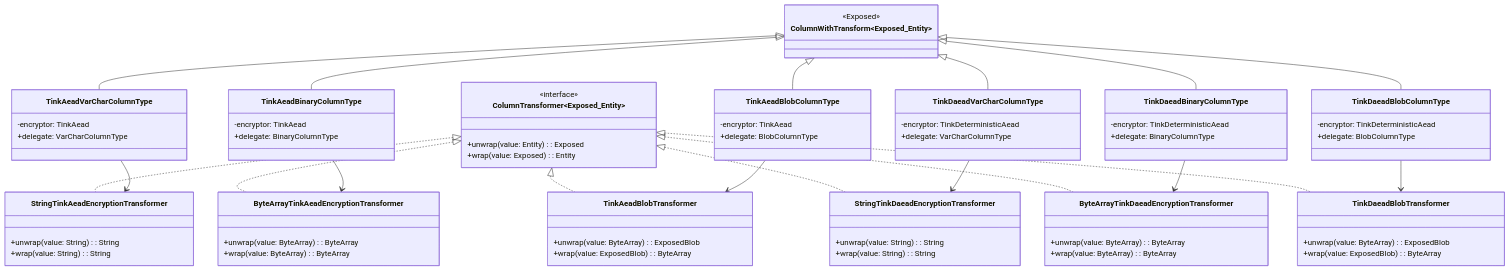
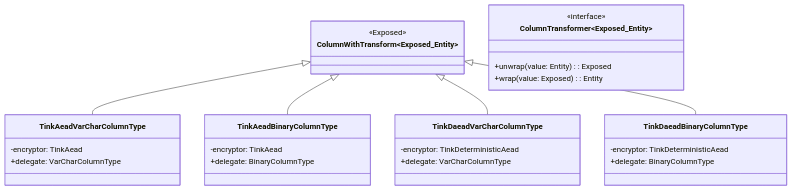
One commit to bluetape4k/bluetape4k-projects changed the second of 2 diagrams in data/exposed-tink/README.md. Above: the diagram before and after it, drawn with Mermaid. The commit also changed other lines of this file and 265 other files, not shown here.

````diff
--- a/data/exposed-tink/README.md
+++ b/data/exposed-tink/README.md
@@ -233,82 +232,33 @@
 ```mermaid
 classDiagram
     class ColumnWithTransform~Exposed_Entity~ {
         <<Exposed>>
     }
     class ColumnTransformer~Exposed_Entity~ {
         <<interface>>
         +unwrap(value: Entity): Exposed
         +wrap(value: Exposed): Entity
     }
 
     class TinkAeadVarCharColumnType {
         -encryptor: TinkAead
         +delegate: VarCharColumnType
     }
     class TinkAeadBinaryColumnType {
         -encryptor: TinkAead
         +delegate: BinaryColumnType
     }
-    class TinkAeadBlobColumnType {
-        -encryptor: TinkAead
-        +delegate: BlobColumnType
-    }
     class TinkDaeadVarCharColumnType {
         -encryptor: TinkDeterministicAead
         +delegate: VarCharColumnType
     }
     class TinkDaeadBinaryColumnType {
         -encryptor: TinkDeterministicAead
         +delegate: BinaryColumnType
     }
-    class TinkDaeadBlobColumnType {
-        -encryptor: TinkDeterministicAead
-        +delegate: BlobColumnType
-    }
-
-    class StringTinkAeadEncryptionTransformer {
-        +unwrap(value: String): String
-        +wrap(value: String): String
-    }
-    class ByteArrayTinkAeadEncryptionTransformer {
-        +unwrap(value: ByteArray): ByteArray
-        +wrap(value: ByteArray): ByteArray
-    }
-    class TinkAeadBlobTransformer {
-        +unwrap(value: ByteArray): ExposedBlob
-        +wrap(value: ExposedBlob): ByteArray
-    }
-    class StringTinkDaeadEncryptionTransformer {
-        +unwrap(value: String): String
-        +wrap(value: String): String
-    }
-    class ByteArrayTinkDaeadEncryptionTransformer {
-        +unwrap(value: ByteArray): ByteArray
-        +wrap(value: ByteArray): ByteArray
-    }
-    class TinkDaeadBlobTransformer {
-        +unwrap(value: ByteArray): ExposedBlob
-        +wrap(value: ExposedBlob): ByteArray
-    }
 
     ColumnWithTransform <|-- TinkAeadVarCharColumnType
     ColumnWithTransform <|-- TinkAeadBinaryColumnType
-    ColumnWithTransform <|-- TinkAeadBlobColumnType
     ColumnWithTransform <|-- TinkDaeadVarCharColumnType
     ColumnWithTransform <|-- TinkDaeadBinaryColumnType
-    ColumnWithTransform <|-- TinkDaeadBlobColumnType
-
-    ColumnTransformer <|.. StringTinkAeadEncryptionTransformer
-    ColumnTransformer <|.. ByteArrayTinkAeadEncryptionTransformer
-    ColumnTransformer <|.. TinkAeadBlobTransformer
-    ColumnTransformer <|.. StringTinkDaeadEncryptionTransformer
-    ColumnTransformer <|.. ByteArrayTinkDaeadEncryptionTransformer
-    ColumnTransformer <|.. TinkDaeadBlobTransformer
-
-    TinkAeadVarCharColumnType --> StringTinkAeadEncryptionTransformer
-    TinkAeadBinaryColumnType --> ByteArrayTinkAeadEncryptionTransformer
-    TinkAeadBlobColumnType --> TinkAeadBlobTransformer
-    TinkDaeadVarCharColumnType --> StringTinkDaeadEncryptionTransformer
-    TinkDaeadBinaryColumnType --> ByteArrayTinkDaeadEncryptionTransformer
-    TinkDaeadBlobColumnType --> TinkDaeadBlobTransformer
 ```
````
